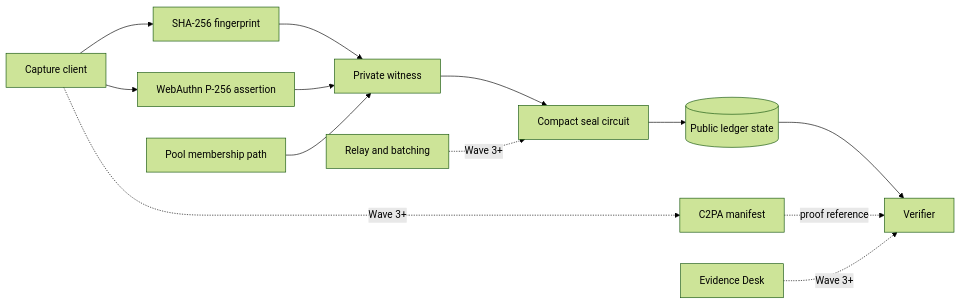
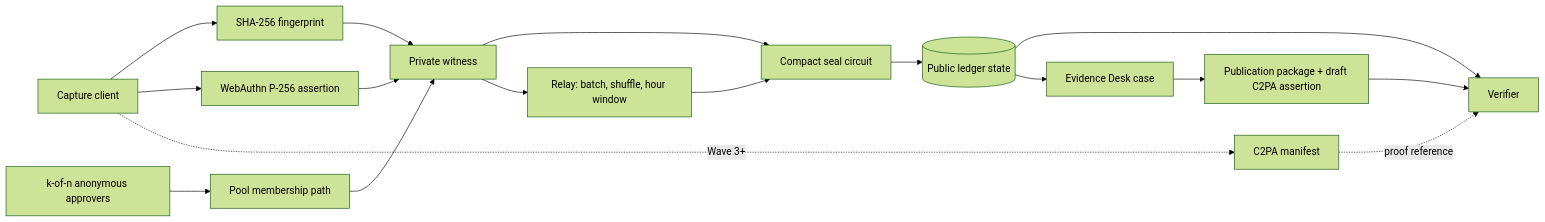
Before and after one commit to bunnyyxtan/unforged: the diagram in docs/ARCHITECTURE.md, drawn with Mermaid (forest theme). The commit also changed other lines of this file and 6 other files, not shown here.

Commit message:
docs: record threshold enrollment, desk, relay and verifier across product docs

````diff
--- a/docs/ARCHITECTURE.md
+++ b/docs/ARCHITECTURE.md
@@ -16,15 +16,19 @@
 ```mermaid
 flowchart LR
     CAP[Capture client] --> HASH[SHA-256 fingerprint]
     CAP --> AUTH[WebAuthn P-256 assertion]
     HASH --> WIT[Private witness]
     AUTH --> WIT
     POOL[Pool membership path] --> WIT
     WIT --> COMPACT[Compact seal circuit]
     COMPACT --> LEDGER[(Public ledger state)]
     LEDGER --> VERIFY[Verifier]
     CAP -. Wave 3+ .-> C2PA[C2PA manifest]
     C2PA -. proof reference .-> VERIFY
-    RELAY[Relay and batching] -. Wave 3+ .-> COMPACT
-    DESK[Evidence Desk] -. Wave 3+ .-> VERIFY
+    WIT --> RELAY[Relay: batch, shuffle, hour window]
+    RELAY --> COMPACT
+    APPR[k-of-n anonymous approvers] --> POOL
+    LEDGER --> DESK[Evidence Desk case]
+    DESK --> PKG[Publication package + draft C2PA assertion]
+    PKG --> VERIFY
 ```
````
